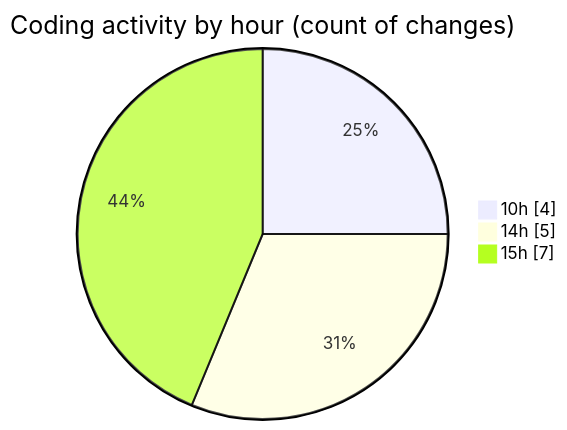
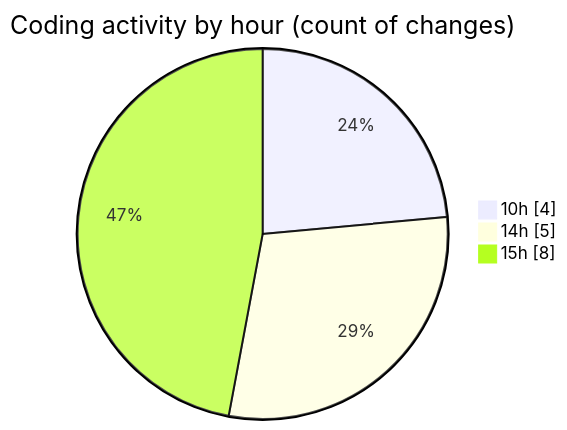
Before and after one commit to charlie-sans/code-tracking: the second of 2 diagrams in 2025-02-09/koderunner/README.md, drawn with Mermaid. The commit also changed other lines of this file and 1 other file, not shown here.

````diff
--- a/2025-02-09/koderunner/README.md
+++ b/2025-02-09/koderunner/README.md
@@ -33,7 +33,7 @@
 ```mermaid
 pie showData
 title Coding activity by hour (count of changes)
 "10h" : 4
 "14h" : 5
-"15h" : 7
+"15h" : 8
 ```
````
